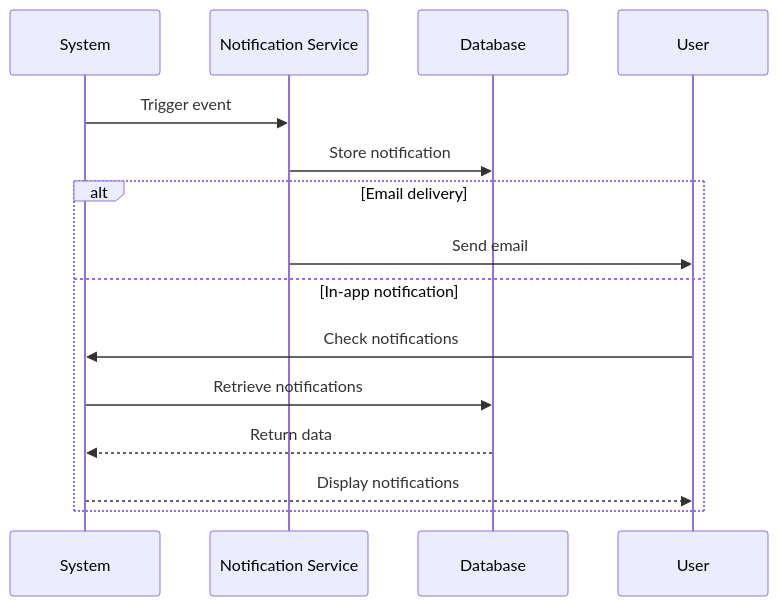
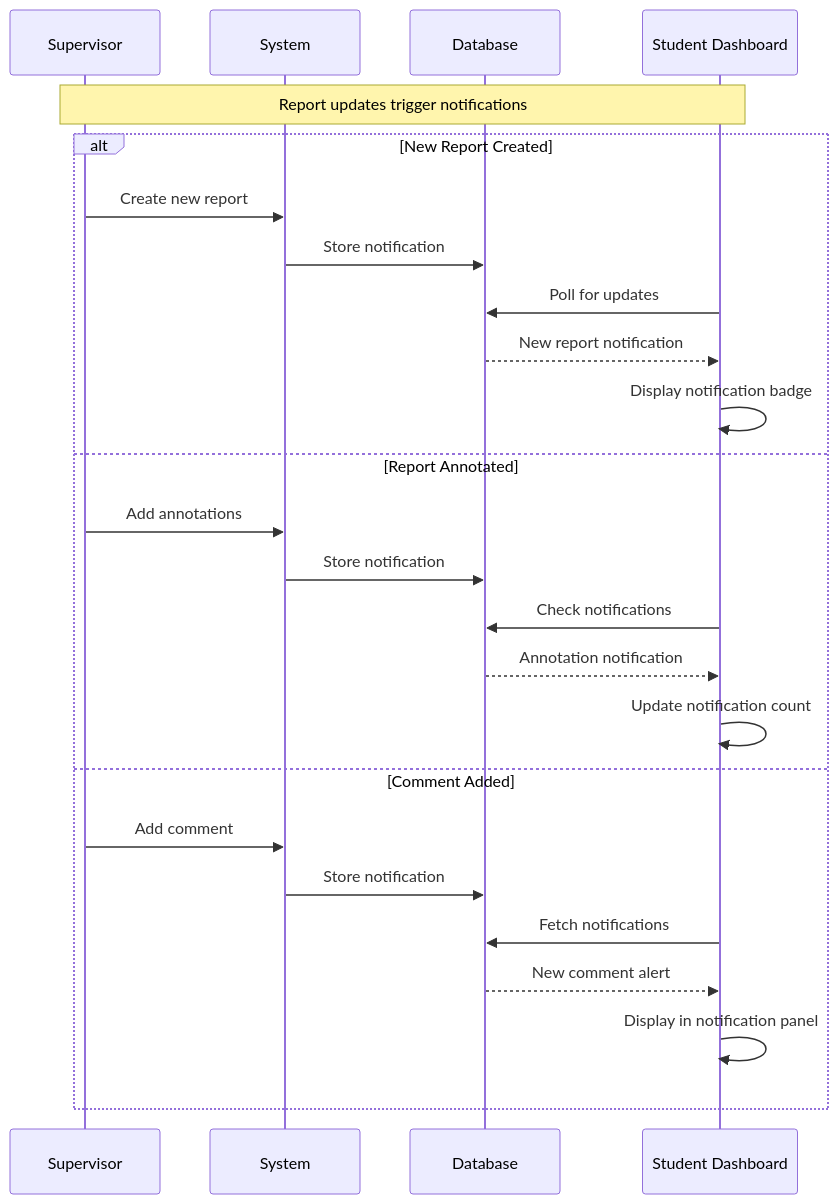
Before and after one commit to abdullah2323442/thesisrepo-backup: diagram 15 of 16 in sequence.md, drawn with Mermaid. The commit also changed other lines of this file, not shown here.

Commit message:
refactor(sequence-diagrams): Enhance student notification processes in report submission and management workflows

````diff
--- a/sequence.md
+++ b/sequence.md
@@ -276,19 +277,29 @@
 ```mermaid
 sequenceDiagram
+    participant Supervisor
     participant System
-    participant Notification Service
     participant Database
-    participant User
+    participant Student Dashboard
 
-    System->>Notification Service: Trigger event
-    Notification Service->>Database: Store notification
+    Note over Supervisor,Student Dashboard: Report updates trigger notifications
     
-    alt Email delivery
-        Notification Service->>User: Send email
-    else In-app notification
-        User->>System: Check notifications
-        System->>Database: Retrieve notifications
-        Database-->>System: Return data
-        System-->>User: Display notifications
+    alt New Report Created
+        Supervisor->>System: Create new report
+        System->>Database: Store notification
+        Student Dashboard->>Database: Poll for updates
+        Database-->>Student Dashboard: New report notification
+        Student Dashboard->>Student Dashboard: Display notification badge
+    else Report Annotated
+        Supervisor->>System: Add annotations
+        System->>Database: Store notification
+        Student Dashboard->>Database: Check notifications
+        Database-->>Student Dashboard: Annotation notification
+        Student Dashboard->>Student Dashboard: Update notification count
+    else Comment Added
+        Supervisor->>System: Add comment
+        System->>Database: Store notification
+        Student Dashboard->>Database: Fetch notifications
+        Database-->>Student Dashboard: New comment alert
+        Student Dashboard->>Student Dashboard: Display in notification panel
     end
 ```
````
